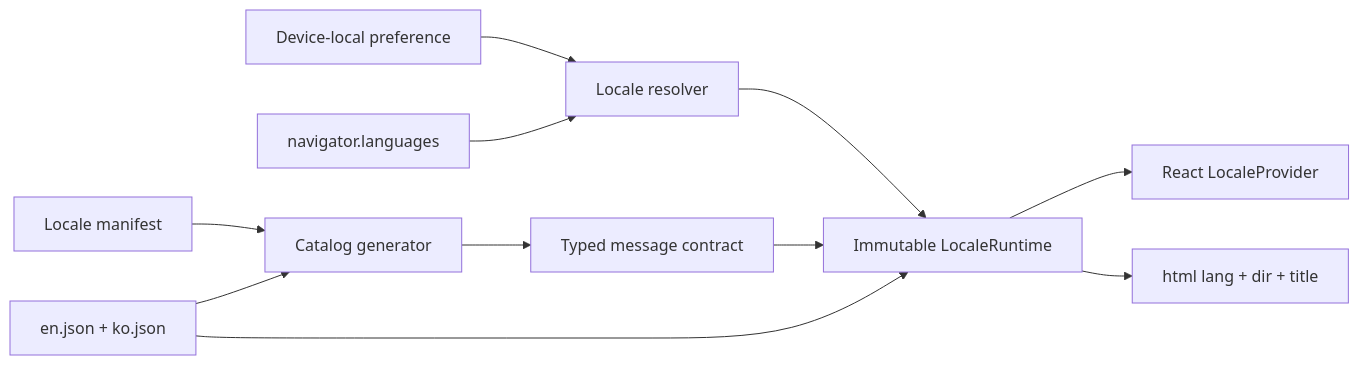
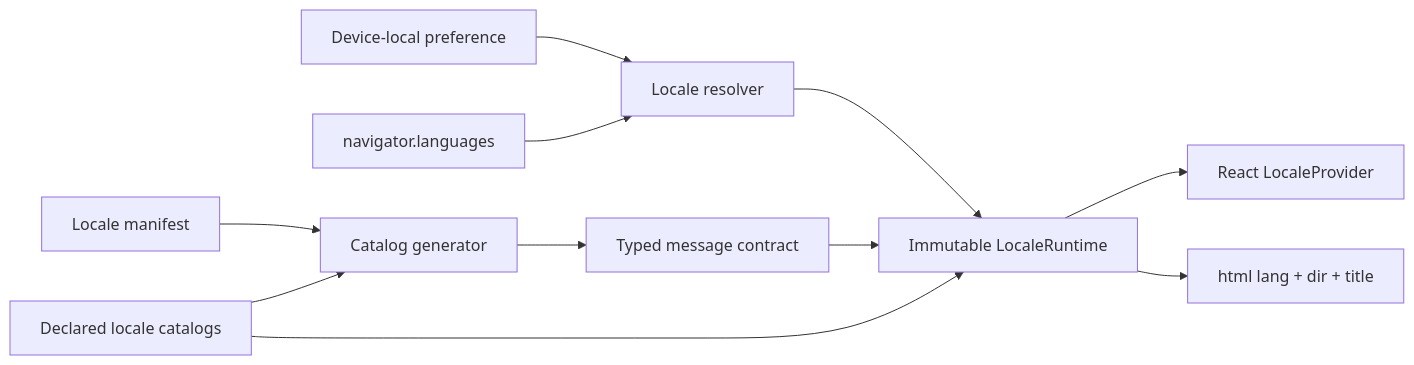
One commit to waneon/neoseq changed the diagram in architectures/i18n.md. Above: the diagram before and after it, drawn with Mermaid. The commit also changed other lines of this file and 4 other files, not shown here.

````diff
--- a/architectures/i18n.md
+++ b/architectures/i18n.md
@@ -30,13 +36,13 @@
 ```mermaid
 flowchart LR
     Preference[Device-local preference] --> Resolver[Locale resolver]
     Platform[navigator.languages] --> Resolver
     Manifest[Locale manifest] --> Generator[Catalog generator]
-    Catalogs[en.json + ko.json] --> Generator
+    Catalogs[Declared locale catalogs] --> Generator
     Generator --> Types[Typed message contract]
     Resolver --> Runtime[Immutable LocaleRuntime]
     Types --> Runtime
     Catalogs --> Runtime
     Runtime --> Provider[React LocaleProvider]
     Runtime --> Document[html lang + dir + title]
 ```
````
